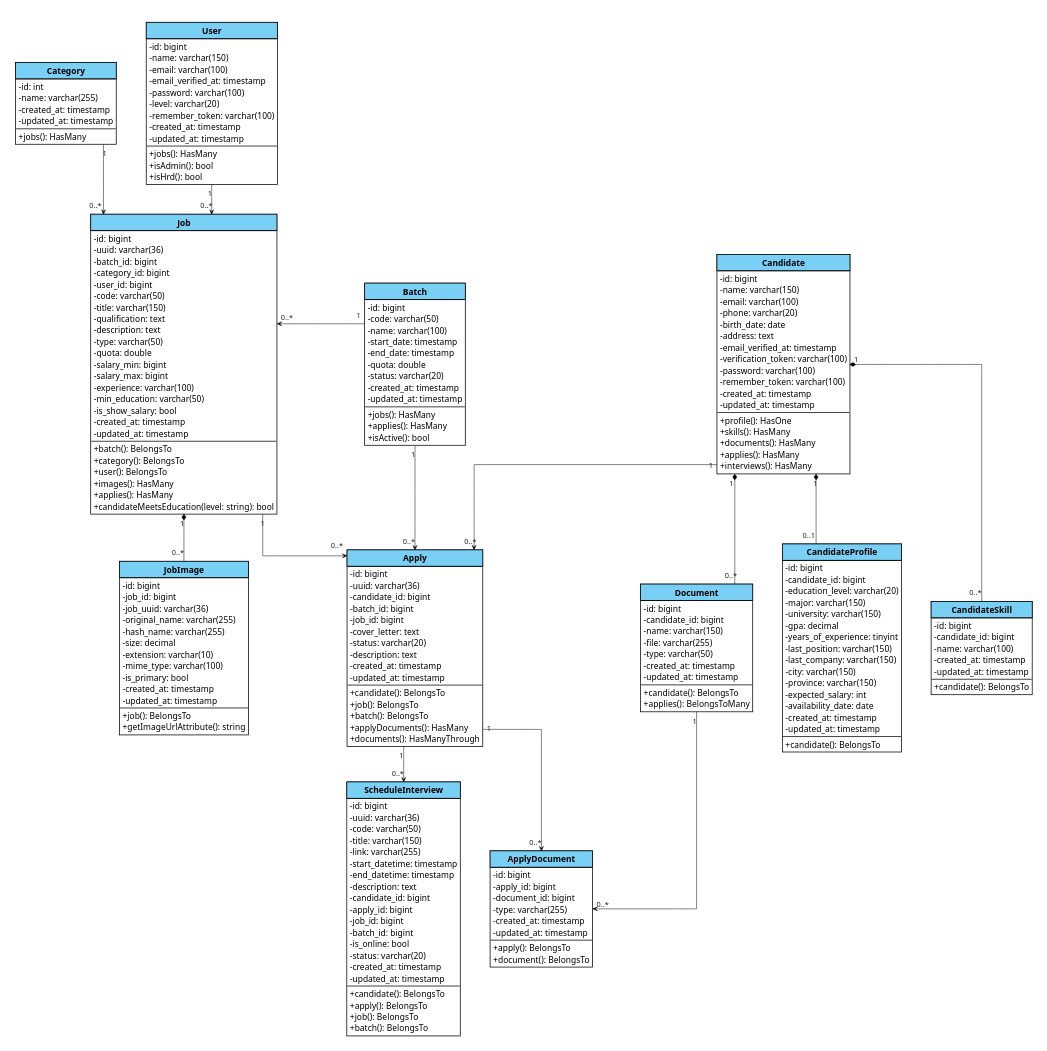
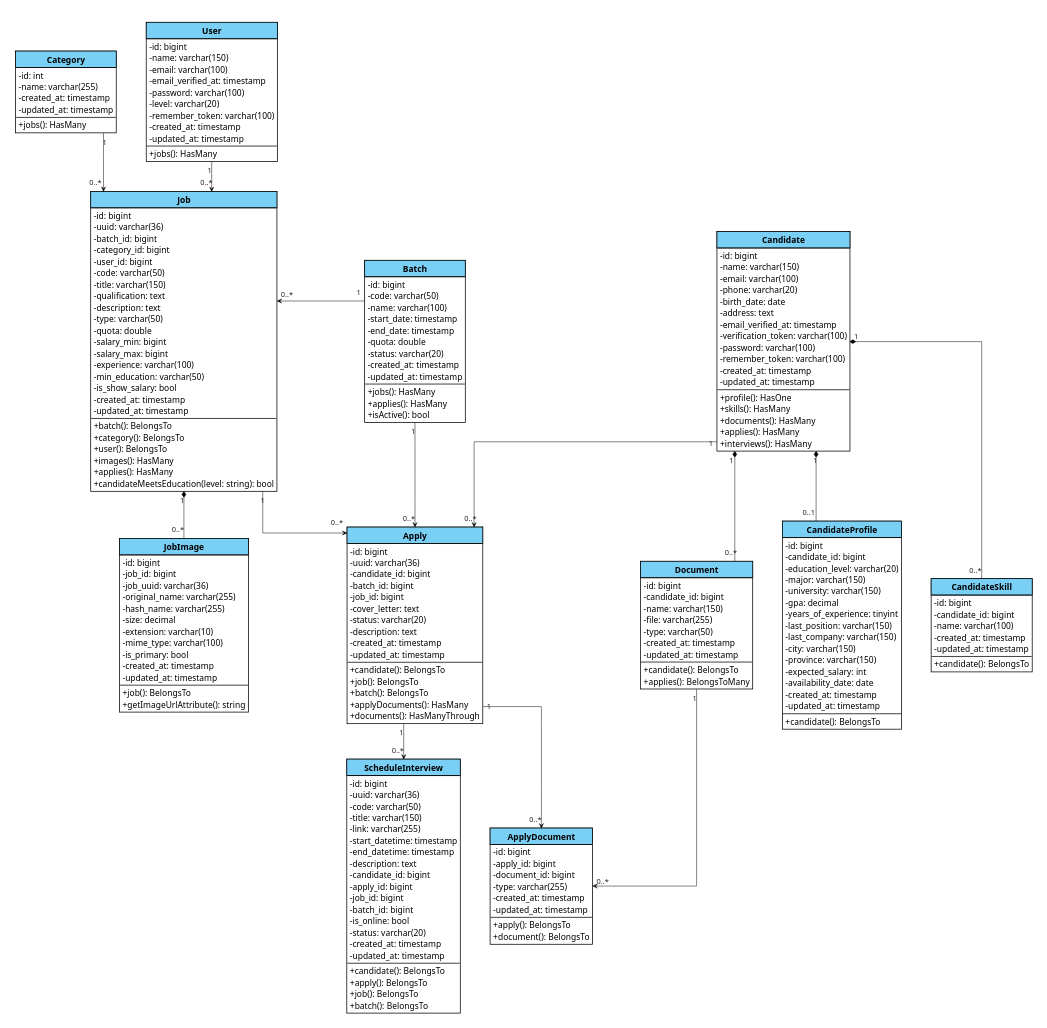
Before and after one commit to Madtive-Studio/klinik_keluarga_career: the diagram in public/assets/diagrams/VP/Class_Diagram_No_Enum.puml, drawn with PlantUML. The commit also changed 10 other files, not shown here.

Commit message:
docs: sync deployment, class and sequence diagrams and report with codebase

```diff
--- a/public/assets/diagrams/VP/Class_Diagram_No_Enum.puml
+++ b/public/assets/diagrams/VP/Class_Diagram_No_Enum.puml
@@ -53,8 +53,6 @@
     -updated_at: timestamp
     __
     +jobs(): HasMany
-    +isAdmin(): bool
-    +isHrd(): bool
   }
 
   class Category {
```
